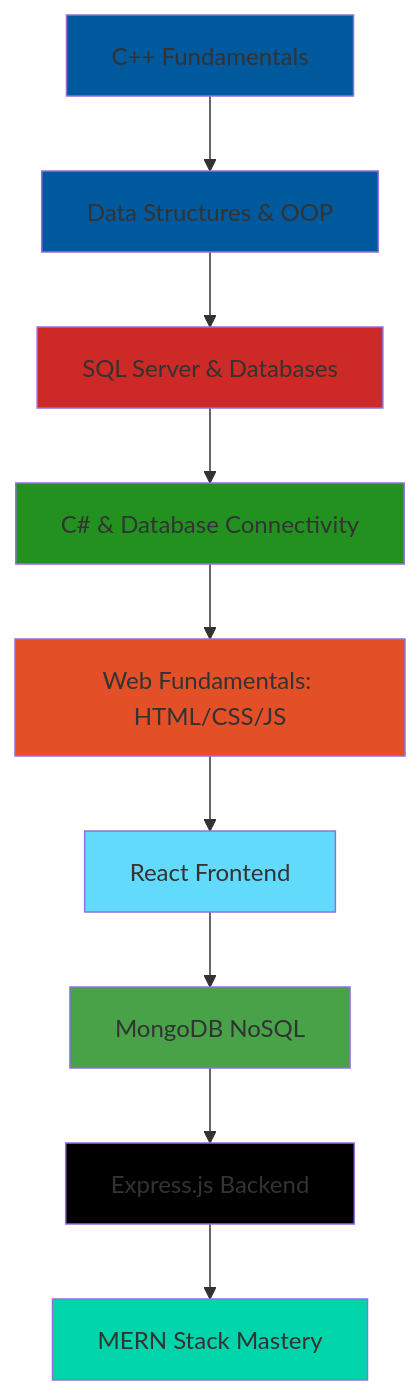
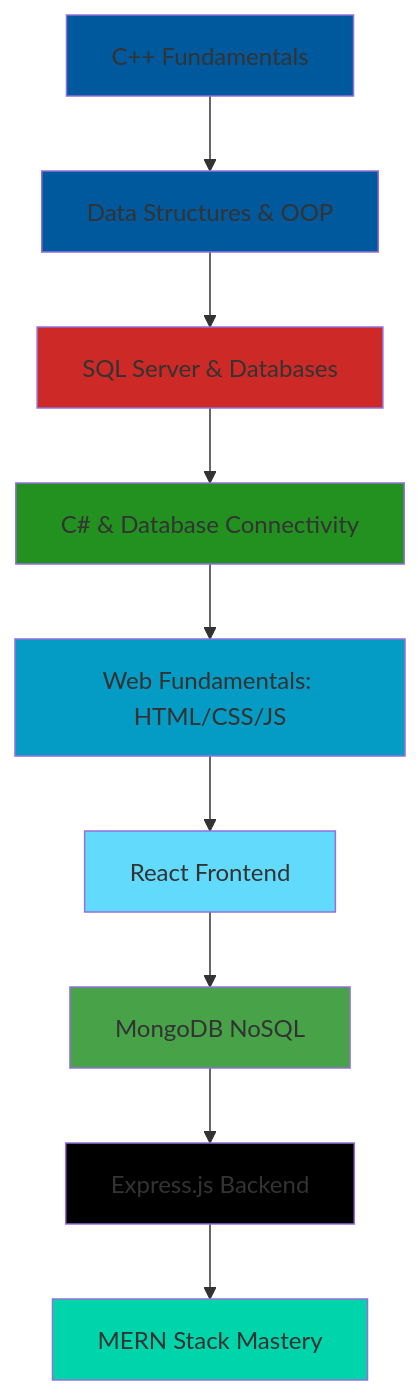
One commit to YeahiaNurulAmin/YeahiaNurulAmin changed the diagram in README.md. Above: the diagram before and after it, drawn with Mermaid.

````diff
--- a/README.md
+++ b/README.md
@@ -128,21 +128,21 @@
 ```mermaid
 graph TD
     A[C++ Fundamentals] --> B[Data Structures & OOP]
     B --> C[SQL Server & Databases]
     C --> D[C# & Database Connectivity]
     D --> E[Web Fundamentals: HTML/CSS/JS]
     E --> F[React Frontend]
     F --> G[MongoDB NoSQL]
     G --> H[Express.js Backend]
     H --> I[MERN Stack Mastery]
     
     style A fill:#00599C
     style B fill:#00599C
     style C fill:#CC2927
     style D fill:#239120
-    style E fill:#E34F26
+    style E fill:#049bc4
     style F fill:#61DAFB
     style G fill:#47A248
     style H fill:#000000
     style I fill:#00d4aa
 ```
````
